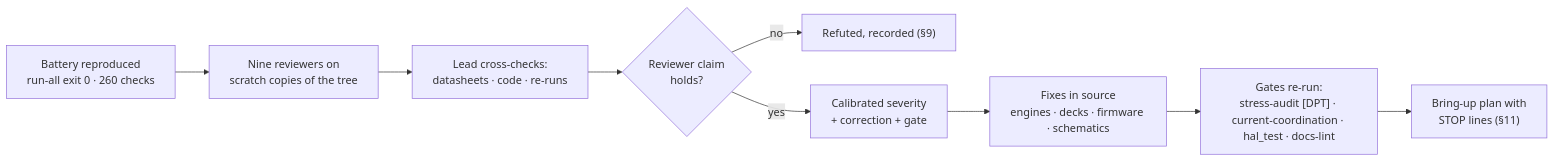
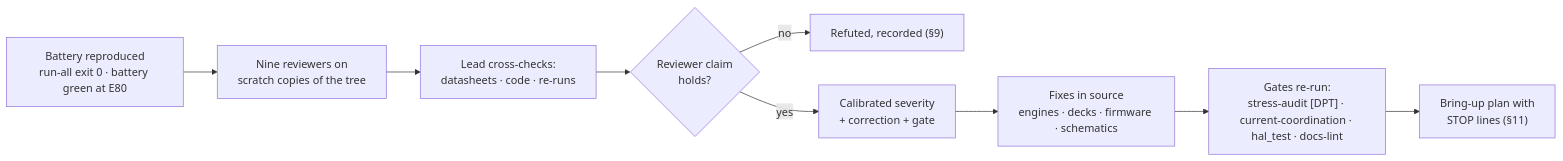
One commit to vectivolt/DC-Modules changed the first of 3 diagrams in docs/e81-validation-report.md. Above: the diagram before and after it, drawn with Mermaid. The commit also changed other lines of this file and 37 other files, not shown here.

First line of the commit message:
E81 docs: premium polish pass — 42 pages restructured, 80 diagrams, 61+ stale claims fixed, gates synced

````diff
--- a/docs/e81-validation-report.md
+++ b/docs/e81-validation-report.md
@@ -48,11 +66,11 @@
 ```mermaid
 flowchart LR
-  A["Battery reproduced<br/>run-all exit 0 · 260 checks"] --> B["Nine reviewers on<br/>scratch copies of the tree"]
+  A["Battery reproduced<br/>run-all exit 0 · battery green at E80"] --> B["Nine reviewers on<br/>scratch copies of the tree"]
   B --> C["Lead cross-checks:<br/>datasheets · code · re-runs"]
   C --> D{"Reviewer claim<br/>holds?"}
   D -- "no" --> E["Refuted, recorded (§9)"]
   D -- "yes" --> F["Calibrated severity<br/>+ correction + gate"]
   F --> G["Fixes in source<br/>engines · decks · firmware · schematics"]
   G --> H["Gates re-run:<br/>stress-audit [DPT] · current-coordination · hal_test · docs-lint"]
   H --> I["Bring-up plan with<br/>STOP lines (§11)"]
 ```
````
